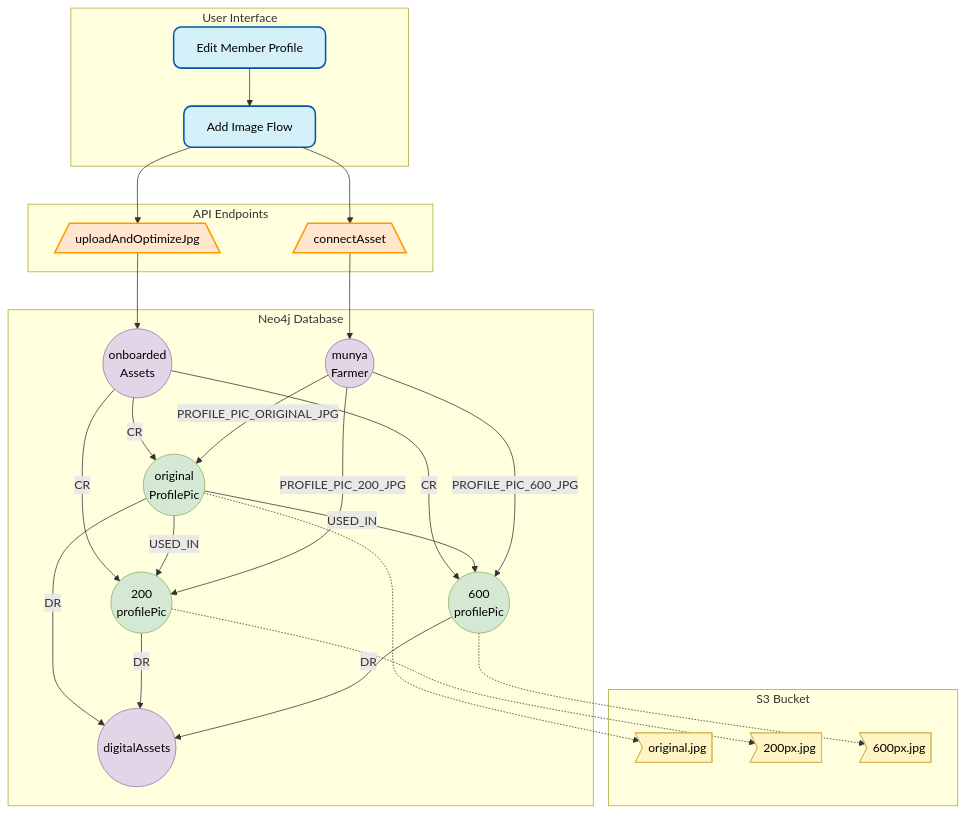
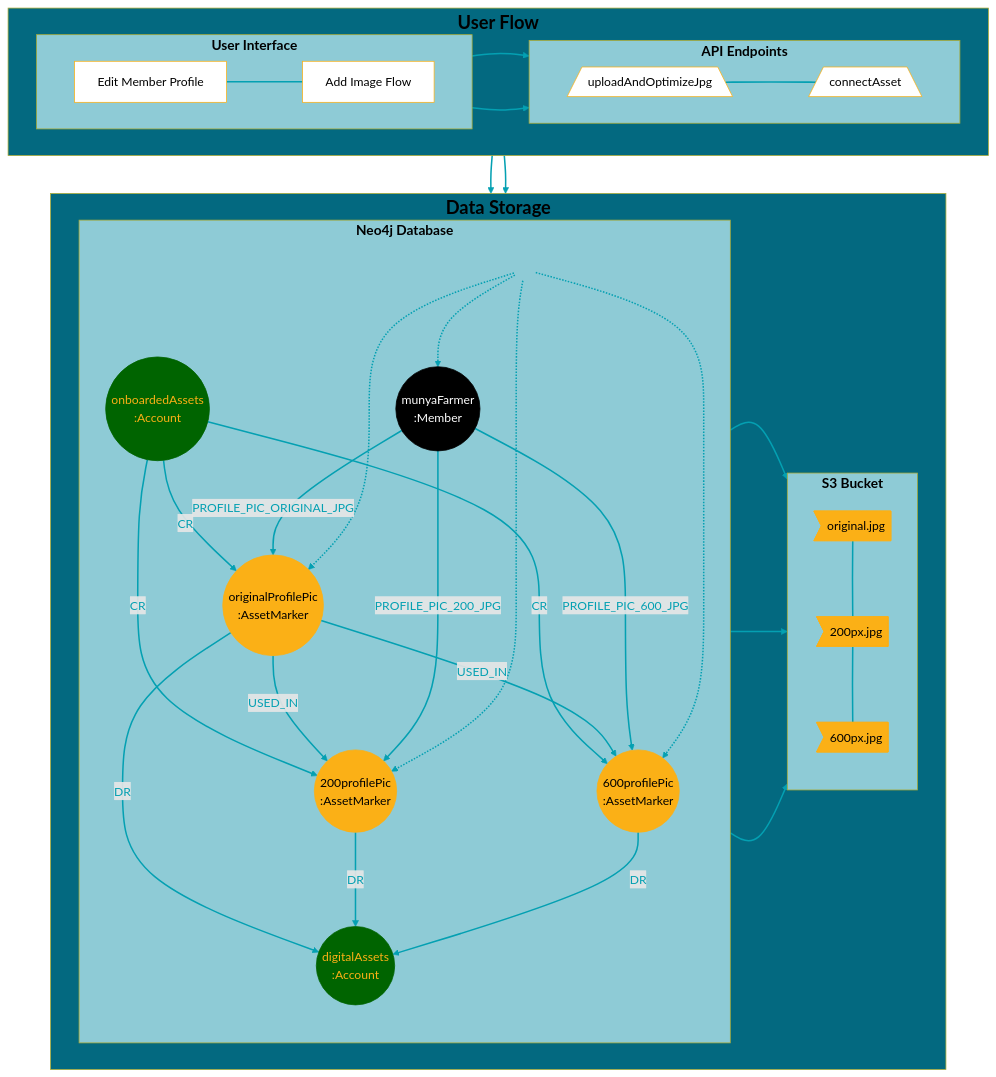
One commit to Great-Sun-Group/credex-core changed the first of 4 diagrams in projects/workplan/VimbisoMarket.md. Above: the diagram before and after it, drawn with Mermaid. The commit also changed other lines of this file and 1 other file, not shown here.

````diff
--- a/projects/workplan/VimbisoMarket.md
+++ b/projects/workplan/VimbisoMarket.md
@@ -7,74 +7,111 @@
 ```mermaid
-graph TD
-    %% Styles
-    classDef screen fill:#d4f1f9,stroke:#05a,stroke-width:2px,color:black,rx:10,ry:10
-    classDef endpoint fill:#ffe6cc,stroke:#f90,stroke-width:2px,color:black,shape:hexagon
-    classDef account fill:#e1d5e7,stroke:#9673a6,stroke-width:1px,color:black,shape:circle
-    classDef asset fill:#d5e8d4,stroke:#82b366,stroke-width:1px,color:black,shape:circle
-    classDef file fill:#fff4c3,stroke:#d6b656,stroke-width:1px,color:black,shape:document
+flowchart TB
+    %% Main direction top to bottom with User Flow on top
     
-    %% Group screens
-    subgraph UI [User Interface]
-        S1[Edit Member Profile] --> S2[Add Image Flow]
+    subgraph Flow["<b><font size='5' color='black'>User Flow</font></b>"]
+        direction LR
+        subgraph UI["<b><font size='4' color='black'>User Interface</font></b>"]
+            direction LR
+            S1[Edit Member Profile] --- S2[Add Image Flow]
+        end
+
+        subgraph API["<b><font size='4' color='black'>API Endpoints</font></b>"]
+            direction LR
+            E1[/uploadAndOptimizeJpg\] --- E2[/connectAsset\]
+        end
     end
+
+    subgraph Storage["<b><font size='5' color='black'>Data Storage</font></b>"]
+        direction LR
+        subgraph DB["<b><font size='4' color='black'>Neo4j Database</font></b>"]
+            direction TB
+            %% Add connector node inside Neo4j Database
+            Connector(((" "))):::invisible
+            
+            M1((munyaFarmer<br/>:Member))
+            A2((originalProfilePic<br/>:AssetMarker))
+            A1((onboardedAssets<br/>:Account))
+            A3((digitalAssets<br/>:Account))
+            A4((200profilePic<br/>:AssetMarker))
+            A5((600profilePic<br/>:AssetMarker))
+
+            A1 -->|CR| A2
+            A2 -->|DR| A3
+            A1 -->|CR| A4
+            A4 -->|DR| A3
+            A1 -->|CR| A5
+            A5 -->|DR| A3
+
+            %% USED_IN relationships between original and resized versions
+            A2 -->|USED_IN| A4
+            A2 -->|USED_IN| A5
+
+            M1 -->|PROFILE_PIC_ORIGINAL_JPG| A2
+            M1 -->|PROFILE_PIC_200_JPG| A4
+            M1 -->|PROFILE_PIC_600_JPG| A5
+        end
+
+        subgraph S3["<b><font size='4' color='black'>S3 Bucket</font></b>"]
+            direction TB
+            F1>"original.jpg"]
+            F2>"200px.jpg"]
+            F3>"600px.jpg"]
+            F1 --- F2 --- F3
+        end
+    end
+
+    %% Connect UI to API 
+    S2 --> E1
+    S2 --> E2
     
-    %% Group endpoints
-    subgraph API [API Endpoints]
-        S2 --> E1[/uploadAndOptimizeJpg\]
-        S2 --> E2[/connectAsset\]
-    end
-    
-    %% Graph Relationships - Neo4j Nodes
-    subgraph DB [Neo4j Database]
-        A1((onboarded
-        Assets))
-        A2((original
-        ProfilePic))
-        A3((digitalAssets))
-        A4((200
-        profilePic))
-        A5((600
-        profilePic))
-        M1((munya
-        Farmer))
-        
-        A1 -->|CR| A2
-        A2 -->|DR| A3
-        A1 -->|CR| A4
-        A4 -->|DR| A3
-        A1 -->|CR| A5
-        A5 -->|DR| A3
-        
-        %% USED_IN relationships between original and resized versions
-        A2 -->|USED_IN| A4
-        A2 -->|USED_IN| A5
-        
-        M1 -->|PROFILE_PIC_ORIGINAL_JPG| A2
-        M1 -->|PROFILE_PIC_200_JPG| A4
-        M1 -->|PROFILE_PIC_600_JPG| A5
-    end
-    
-    %% S3 Storage - Actual Files
-    subgraph S3Bucket [S3 Bucket]
-        F1>"original.jpg"]
-        F2>"200px.jpg"]
-        F3>"600px.jpg"]
-    end
-    
-    %% Connect UI to API to Database to S3
-    E1 --> A1
-    E2 --> M1
-    
+    %% Use the connector node to route relationships from API to Database
+    E1 --> A2
+    E2 --> Connector
+    Connector -.-> A2
+    Connector -.-> A4
+    Connector -.-> A5
+    Connector -.-> M1
+
     %% Connect AssetMarkers to S3 files
-    A2 -.-> F1
-    A4 -.-> F2
-    A5 -.-> F3
-    
-    %% Class assignments
-    class S1,S2 screen
-    class E1,E2 endpoint
-    class A1,A3 account
-    class A2,A4,A5 asset
-    class M1 account
-    class F1,F2,F3 file
+    A2 --> F1
+    A4 --> F2
+    A5 --> F3
+
+    %% Style definitions
+    %% Account nodes - darker green with gold text
+    style A1 fill:#006400,stroke:#006400,color:#FBB016
+    style A3 fill:#006400,stroke:#006400,color:#FBB016
+
+    %% Member nodes - black with white text
+    style M1 fill:black,stroke:black,color:white
+
+    %% AssetMarker nodes - #FBB016 with black text
+    style A2 fill:#FBB016,stroke:#FBB016,color:black
+    style A4 fill:#FBB016,stroke:#FBB016,color:black
+    style A5 fill:#FBB016,stroke:#FBB016,color:black
+
+    %% S3 Bucket file nodes - gold with black text
+    style F1 fill:#FBB016,stroke:#FBB016,color:black
+    style F2 fill:#FBB016,stroke:#FBB016,color:black
+    style F3 fill:#FBB016,stroke:#FBB016,color:black
+
+    %% User Flow nodes - white with black text
+    style S1 fill:white,stroke:#FBB016,color:black
+    style S2 fill:white,stroke:#FBB016,color:black
+    style E1 fill:white,stroke:#FBB016,color:black
+    style E2 fill:white,stroke:#FBB016,color:black
+
+    %% Make connector invisible
+    classDef invisible fill:none,stroke:none
+
+    %% Style all relationships with teal color #04A0B2
+    linkStyle default stroke:#04A0B2,stroke-width:2px,color:#04A0B2
+
+    %% Style subgraphs - background colors and text sizes
+    style Flow fill:#036980,font-size:20px,font-weight:bold
+    style Storage fill:#036980,font-size:20px,font-weight:bold
+    style UI fill:#8ECBD6,font-size:16px,font-weight:bold
+    style API fill:#8ECBD6,font-size:16px,font-weight:bold
+    style DB fill:#8ECBD6,font-size:16px,font-weight:bold
+    style S3 fill:#8ECBD6,font-size:16px,font-weight:bold
 ```
````
